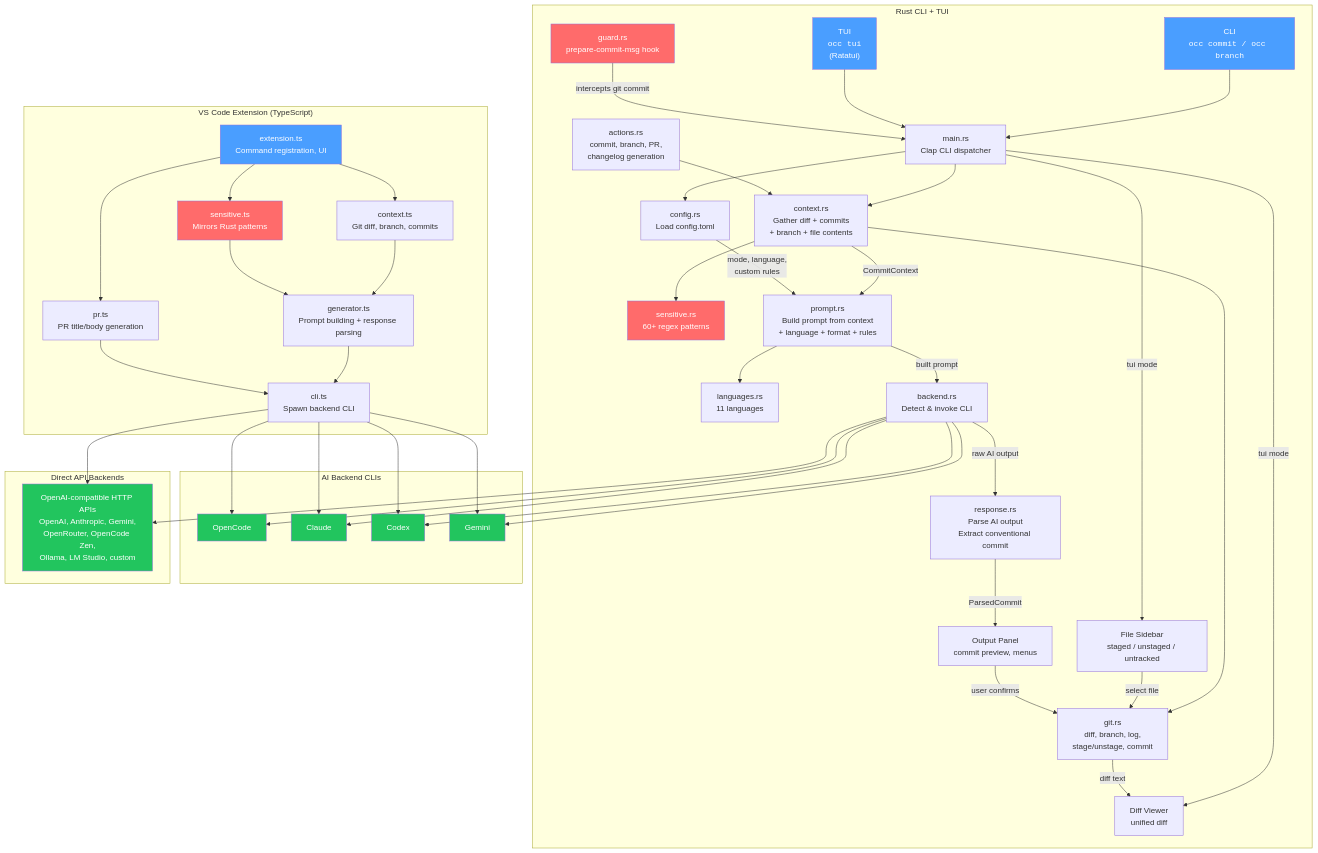
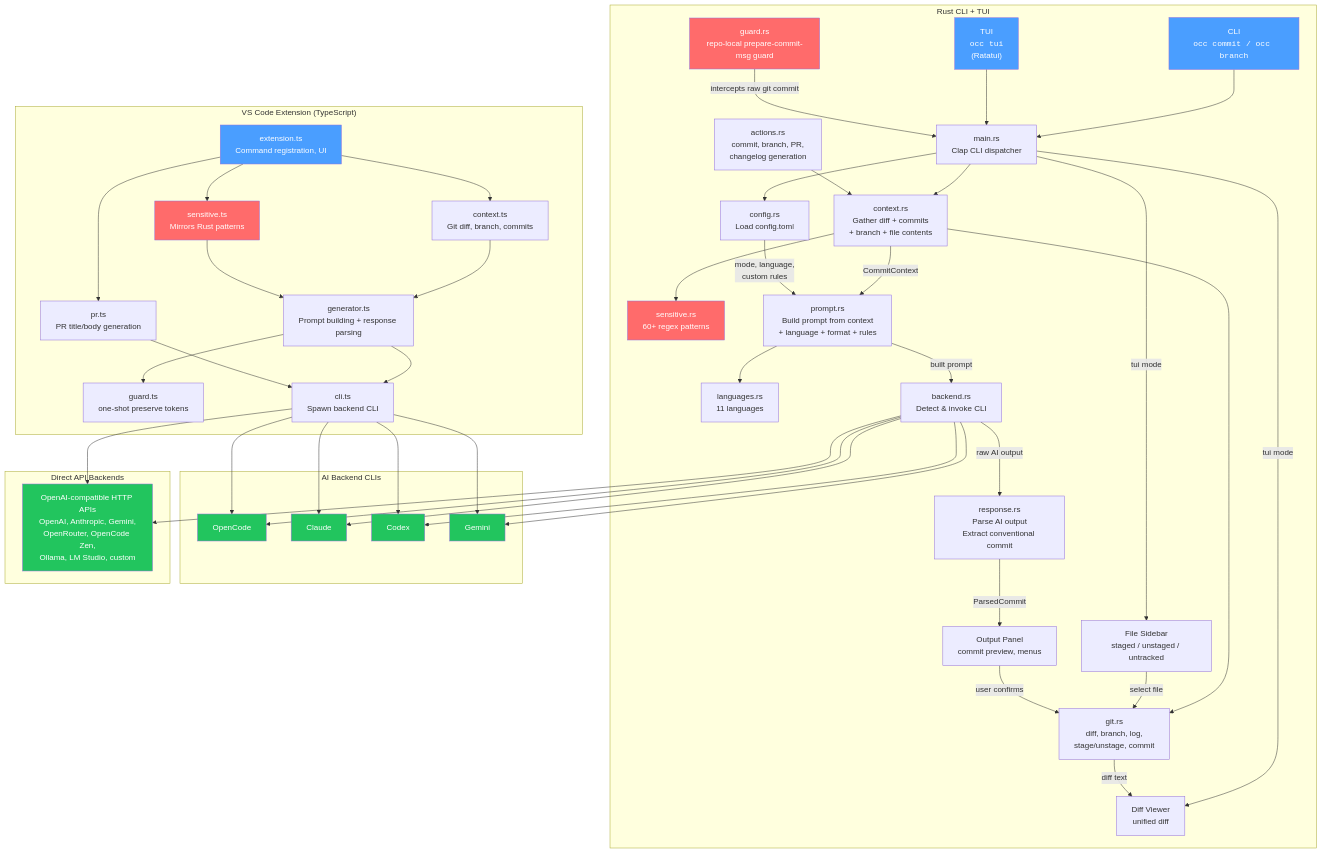
Before and after one commit to Nevaberry/opencodecommit: the diagram in docs/architecture.md, drawn with Mermaid. The commit also changed 22 other files, not shown here.

Commit message:
feat(guard): install repo-local prepare-commit-msg hooks

```diff
--- a/docs/architecture.md
+++ b/docs/architecture.md
@@ -18,7 +18,7 @@
         DIFF["Diff Viewer<br/>unified diff"]
         OUTPUT["Output Panel<br/>commit preview, menus"]
         ACTIONS["actions.rs<br/>commit, branch, PR,<br/>changelog generation"]
-        GUARD["guard.rs<br/>prepare-commit-msg hook"]
+        GUARD["guard.rs<br/>repo-local prepare-commit-msg guard"]
     end
 
     subgraph "VS Code Extension (TypeScript)"
@@ -26,6 +26,7 @@
         EXT_CTX["context.ts<br/>Git diff, branch, commits"]
         EXT_SENS["sensitive.ts<br/>Mirrors Rust patterns"]
         EXT_GEN["generator.ts<br/>Prompt building + response parsing"]
+        EXT_GUARD["guard.ts<br/>one-shot preserve tokens"]
         EXT_CLI["cli.ts<br/>Spawn backend CLI"]
         EXT_PR["pr.ts<br/>PR title/body generation"]
     end
@@ -71,13 +72,14 @@
     GIT -->|"diff text"| DIFF
     ACTIONS --> CTX
     OUTPUT -->|"user confirms"| GIT
-    GUARD -->|"intercepts git commit"| MAIN
+    GUARD -->|"intercepts raw git commit"| MAIN
 
     %% Extension flow (independent parallel pipeline)
     EXT --> EXT_CTX
     EXT --> EXT_SENS
     EXT_CTX --> EXT_GEN
     EXT_SENS --> EXT_GEN
+    EXT_GEN --> EXT_GUARD
     EXT_GEN --> EXT_CLI
     EXT --> EXT_PR
     EXT_PR --> EXT_CLI
```
